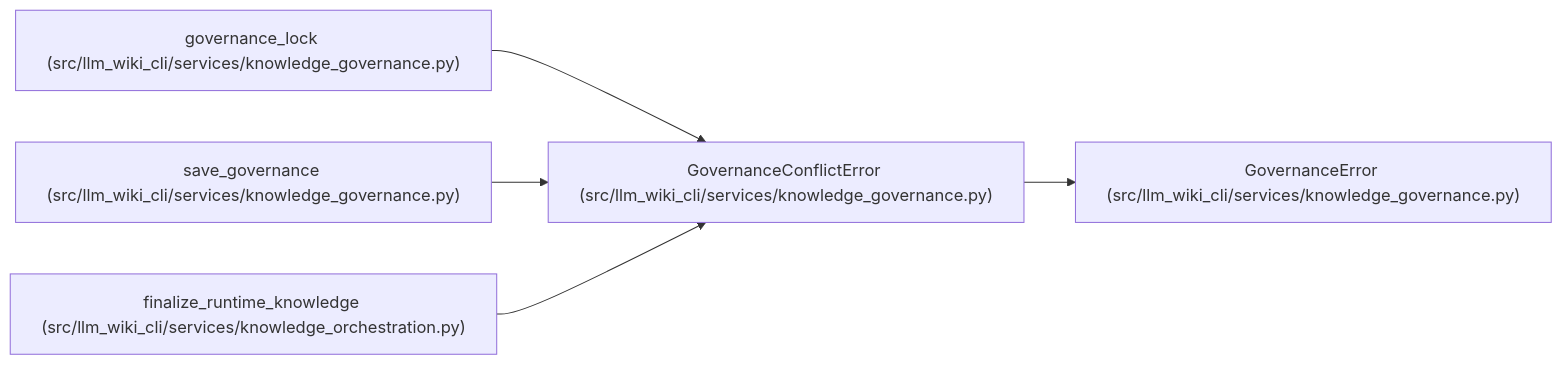
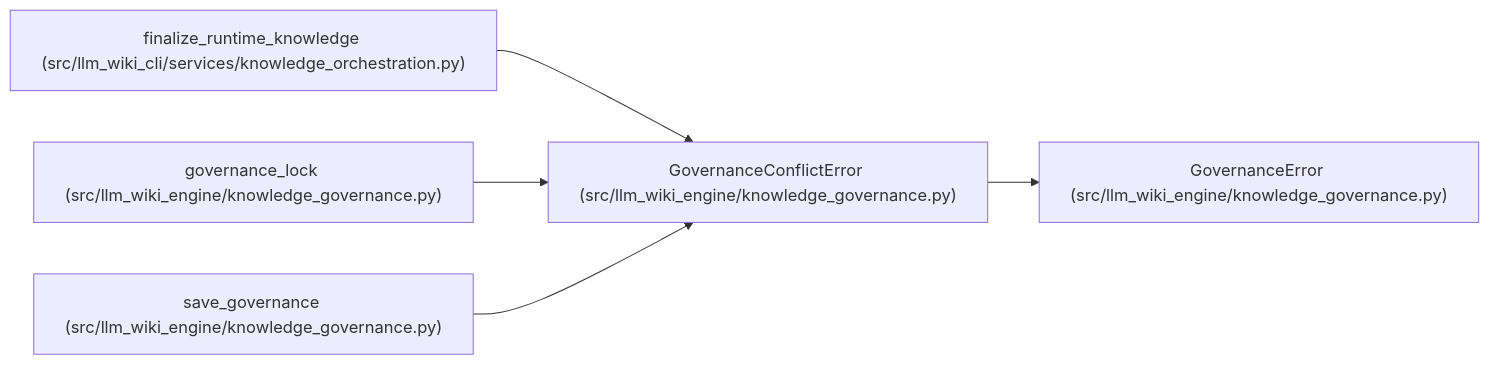
Before and after one commit to Denissvgn/python-wiki-llm: the diagram in docs/llm_wiki/entities/GovernanceConflictError.md, drawn with Mermaid. The commit also changed other lines of this file and 1058 other files, not shown here.

First line of the commit message:
docs: refresh the wiki for the knowledge store move

````diff
--- a/docs/llm_wiki/entities/GovernanceConflictError.md
+++ b/docs/llm_wiki/entities/GovernanceConflictError.md
@@ -25,17 +25,17 @@
 ```mermaid
 flowchart LR
-    n0["GovernanceConflictError (src/llm_wiki_cli/services/knowledge_governance.py)"]
-    n1["GovernanceError (src/llm_wiki_cli/services/knowledge_governance.py)"]
-    n2["governance_lock (src/llm_wiki_cli/services/knowledge_governance.py)"]
-    n3["save_governance (src/llm_wiki_cli/services/knowledge_governance.py)"]
-    n4["finalize_runtime_knowledge (src/llm_wiki_cli/services/knowledge_orchestration.py)"]
+    n0["GovernanceConflictError (src/llm_wiki_engine/knowledge_governance.py)"]
+    n1["GovernanceError (src/llm_wiki_engine/knowledge_governance.py)"]
+    n2["finalize_runtime_knowledge (src/llm_wiki_cli/services/knowledge_orchestration.py)"]
+    n3["governance_lock (src/llm_wiki_engine/knowledge_governance.py)"]
+    n4["save_governance (src/llm_wiki_engine/knowledge_governance.py)"]
     n0 --> n1
     n2 --> n0
     n3 --> n0
     n4 --> n0
     click n0 "../modules/knowledge_governance.md"
     click n1 "../modules/knowledge_governance.md"
-    click n2 "../modules/knowledge_governance.md"
+    click n2 "../modules/knowledge_orchestration.md"
     click n3 "../modules/knowledge_governance.md"
-    click n4 "../modules/knowledge_orchestration.md"
+    click n4 "../modules/knowledge_governance.md"
 ```
````
